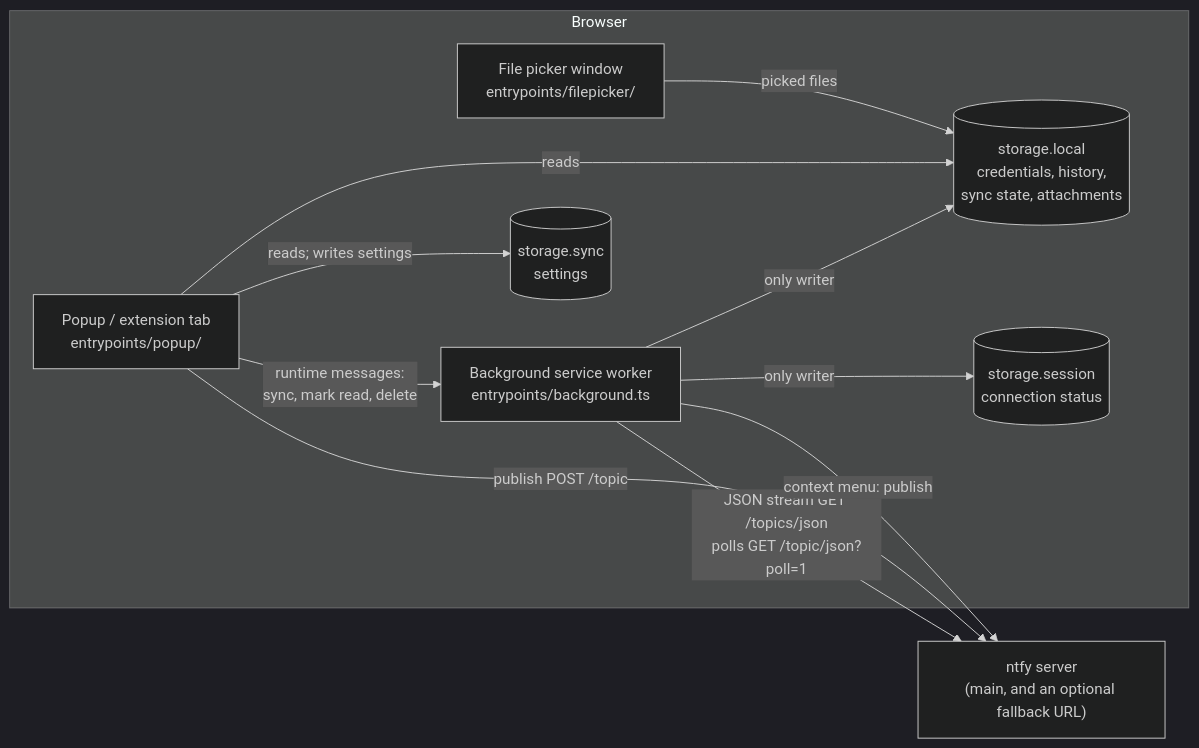
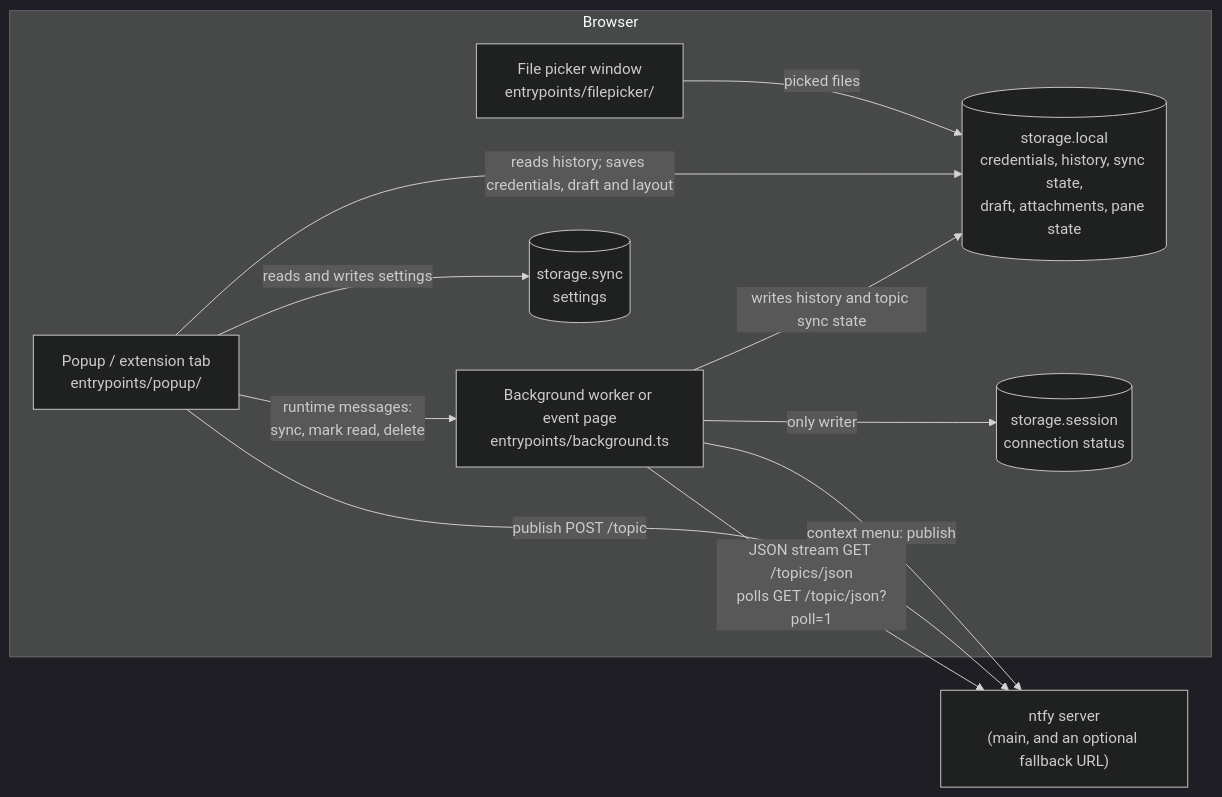
The first of 2 diagrams in ARCHITECTURE.md (valentindimitrov/ntfy-desk), drawn with Mermaid (dark theme) before and after one commit. The commit also changed other lines of this file and 4 other files, not shown here.

````diff
--- a/ARCHITECTURE.md
+++ b/ARCHITECTURE.md
@@ -12,22 +12,22 @@
 ```mermaid
 flowchart LR
   subgraph Browser
-    BG["Background service worker<br/>entrypoints/background.ts"]
+    BG["Background worker or event page<br/>entrypoints/background.ts"]
     POP["Popup / extension tab<br/>entrypoints/popup/"]
     FP["File picker window<br/>entrypoints/filepicker/"]
     SYNC[("storage.sync<br/>settings")]
-    LOCAL[("storage.local<br/>credentials, history,<br/>sync state, attachments")]
+    LOCAL[("storage.local<br/>credentials, history, sync state,<br/>draft, attachments, pane state")]
     SESSION[("storage.session<br/>connection status")]
   end
   NTFY["ntfy server<br/>(main, and an optional fallback URL)"]
 
   BG -- "JSON stream GET /topics/json<br/>polls GET /topic/json?poll=1" --> NTFY
   POP -- "publish POST /topic" --> NTFY
   BG -- "context menu: publish" --> NTFY
   POP -- "runtime messages:<br/>sync, mark read, delete" --> BG
-  BG -- "only writer" --> LOCAL
+  BG -- "writes history and topic sync state" --> LOCAL
   BG -- "only writer" --> SESSION
-  POP -- "reads; writes settings" --> SYNC
-  POP -- reads --> LOCAL
+  POP -- "reads and writes settings" --> SYNC
+  POP -- "reads history; saves credentials, draft and layout" --> LOCAL
   FP -- "picked files" --> LOCAL
 ```
````
